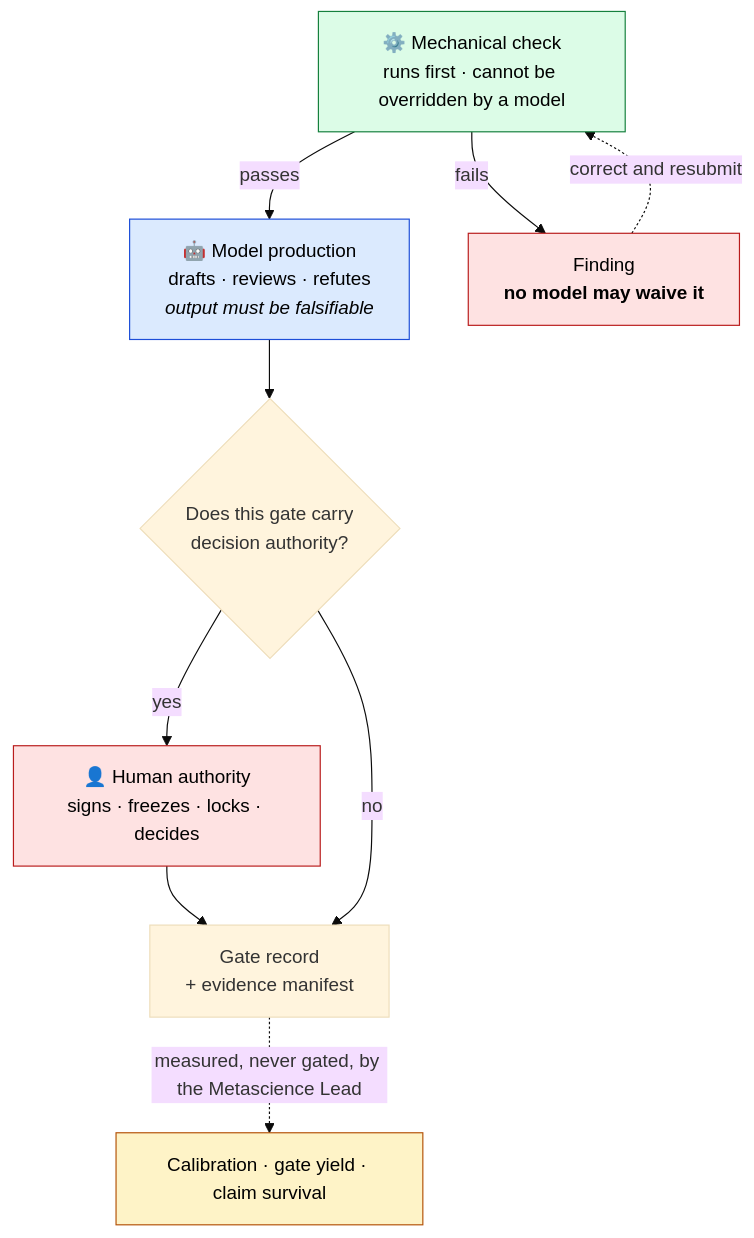
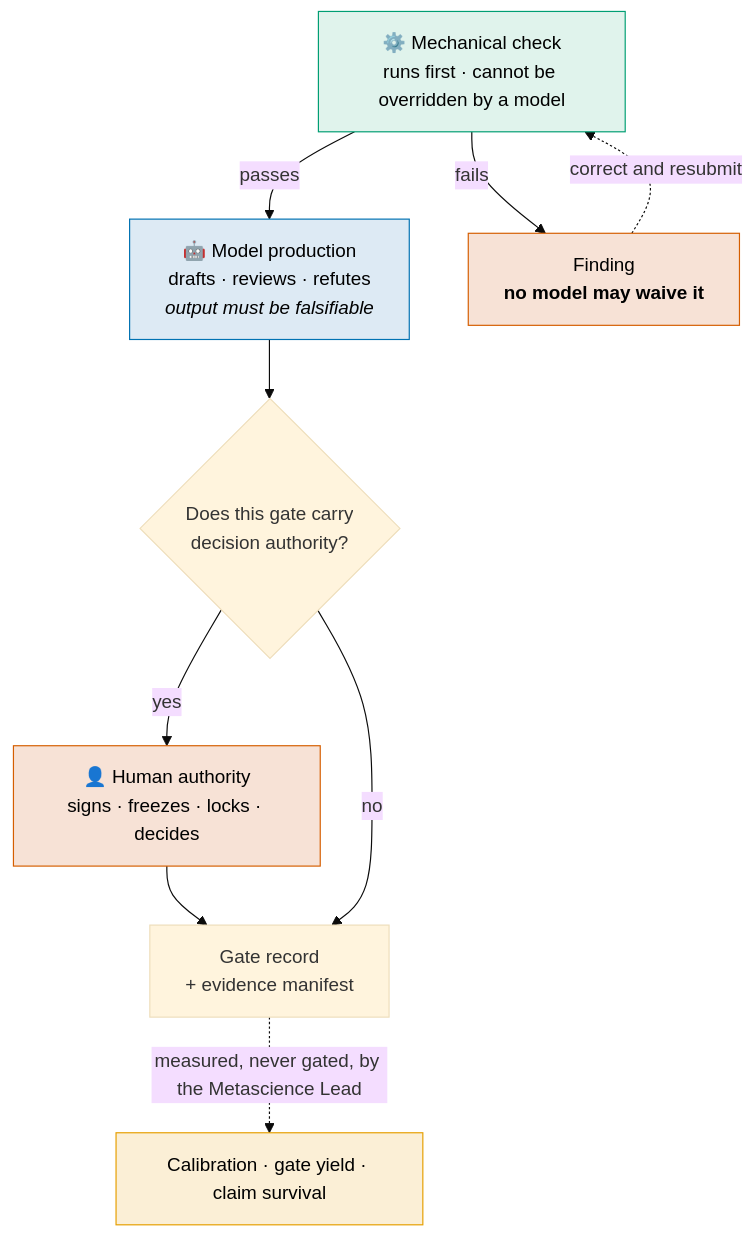
One commit to furkanhanilci/AETHRION changed the diagram in docs/architecture/AIRL_OS_ROLES.md. Above: the diagram before and after it, drawn with Mermaid (base theme). The commit also changed 32 other files, not shown here.

````diff
--- a/docs/architecture/AIRL_OS_ROLES.md
+++ b/docs/architecture/AIRL_OS_ROLES.md
@@ -262,20 +262,20 @@
 ```mermaid
 flowchart TD
     MECH["⚙️ Mechanical check<br/>runs first · cannot be overridden by a model"]
     MODEL["🤖 Model production<br/>drafts · reviews · refutes<br/><i>output must be falsifiable</i>"]
     HUMAN["👤 Human authority<br/>signs · freezes · locks · decides"]
     REC["Gate record<br/>+ evidence manifest"]
 
     MECH -->|passes| MODEL --> AUTHQ{"Does this gate carry<br/>decision authority?"}
     AUTHQ -->|yes| HUMAN --> REC
     AUTHQ -->|no| REC
     MECH -->|fails| FIND["Finding<br/><b>no model may waive it</b>"]
     FIND -.->|"correct and resubmit"| MECH
     REC -.->|"measured, never gated, by the Metascience Lead"| MET["Calibration · gate yield · claim survival"]
 
-    style MECH fill:#dcfce7,stroke:#15803d,color:#000
-    style MODEL fill:#dbeafe,stroke:#1d4ed8,color:#000
-    style HUMAN fill:#fee2e2,stroke:#b91c1c,color:#000
-    style FIND fill:#fee2e2,stroke:#b91c1c,color:#000
-    style MET fill:#fef3c7,stroke:#b45309,color:#000
+    style MECH fill:#E0F3EC,stroke:#009E73,color:#000
+    style MODEL fill:#DDEAF4,stroke:#0072B2,color:#000
+    style HUMAN fill:#F7E2D6,stroke:#D55E00,color:#000
+    style FIND fill:#F7E2D6,stroke:#D55E00,color:#000
+    style MET fill:#FBEFD6,stroke:#E69F00,color:#000
 ```
````
